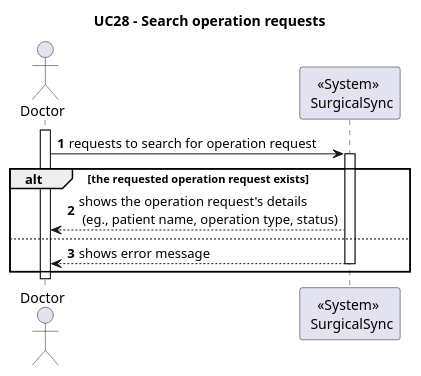
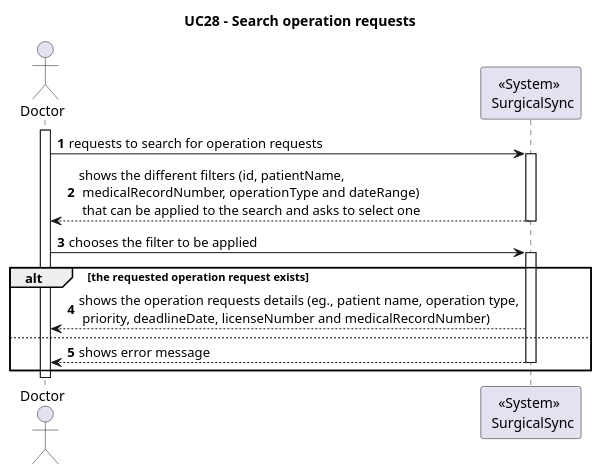
The diagram in Wiki/SprintA/diagrams/use-cases/28-search-operation-requisitions/level1/process-view.puml (MiguelCardoso77/SurgicalSync-BackEnd), drawn with PlantUML before and after one commit. The commit also changed 8 other files, not shown here.

Commit message:
#19 Updating the documentation for the uc "Search for operation requests"

```diff
--- a/Wiki/SprintA/diagrams/use-cases/28-search-operation-requisitions/level1/process-view.puml
+++ b/Wiki/SprintA/diagrams/use-cases/28-search-operation-requisitions/level1/process-view.puml
@@ -1,30 +1,37 @@
 @startuml
 autonumber
 
 Title "UC28 - Search operation requests"
 
 actor "Doctor" as D
 participant "<<System>> \n SurgicalSync" as SYSTEM
 
 activate D
 
-D -> SYSTEM: requests to search for operation request
+D -> SYSTEM: requests to search for operation requests
+
+    activate SYSTEM
+    
+    SYSTEM --> D: shows the different filters (id, patientName, \n medicalRecordNumber, operationType and dateRange) \n that can be applied to the search and asks to select one
+    
+    deactivate SYSTEM
+    
+    D -> SYSTEM: chooses the filter to be applied
 
     alt the requested operation request exists 
     
     activate SYSTEM
     
-    SYSTEM --> D: shows the operation request's details \n (eg., patient name, operation type, status)
+    SYSTEM --> D: shows the operation requests details (eg., patient name, operation type,\n priority, deadlineDate, licenseNumber and medicalRecordNumber)
 
-    
     else
     
     SYSTEM --> D : shows error message
     
     deactivate SYSTEM
     
     end
     
 deactivate D
 
 @enduml
```
